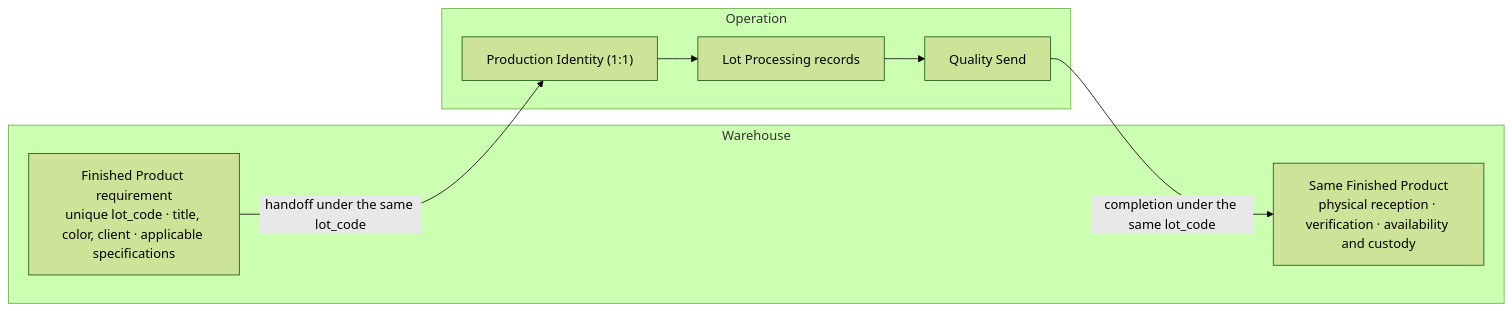
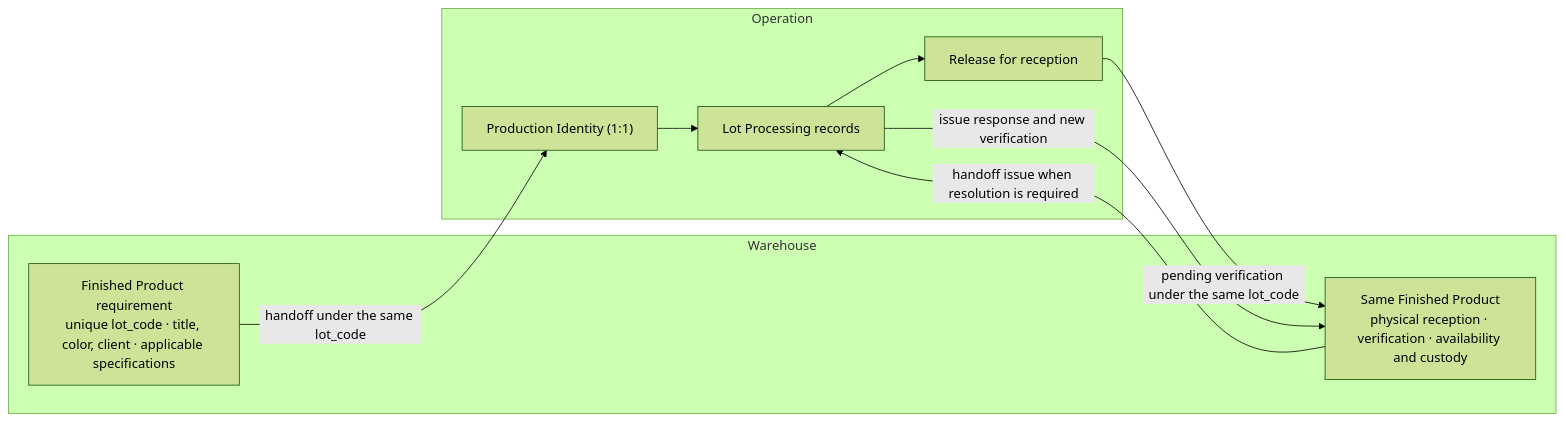
The diagram in docs/prd/operation/overview.md (luiscm17/colibri-hub), drawn with Mermaid (forest theme) before and after one commit. The commit also changed other lines of this file and 4 other files, not shown here.

````diff
--- a/docs/prd/operation/overview.md
+++ b/docs/prd/operation/overview.md
@@ -181,15 +187,17 @@
 ```mermaid
 flowchart LR
     subgraph Warehouse["Warehouse"]
         REQ["Finished Product requirement<br/>unique lot_code · title, color, client · applicable specifications"]
         FPR["Same Finished Product<br/>physical reception · verification · availability and custody"]
     end
     subgraph Operation["Operation"]
         PID["Production Identity (1:1)"]
         LP["Lot Processing records"]
-        QS["Quality Send"]
+        QS["Release for reception"]
     end
     REQ -- "handoff under the same lot_code" --> PID
     PID --> LP --> QS
-    QS -- "completion under the same lot_code" --> FPR
+    QS -- "pending verification under the same lot_code" --> FPR
+    FPR -- "handoff issue when resolution is required" --> LP
+    LP -- "issue response and new verification" --> FPR
 ```
````
